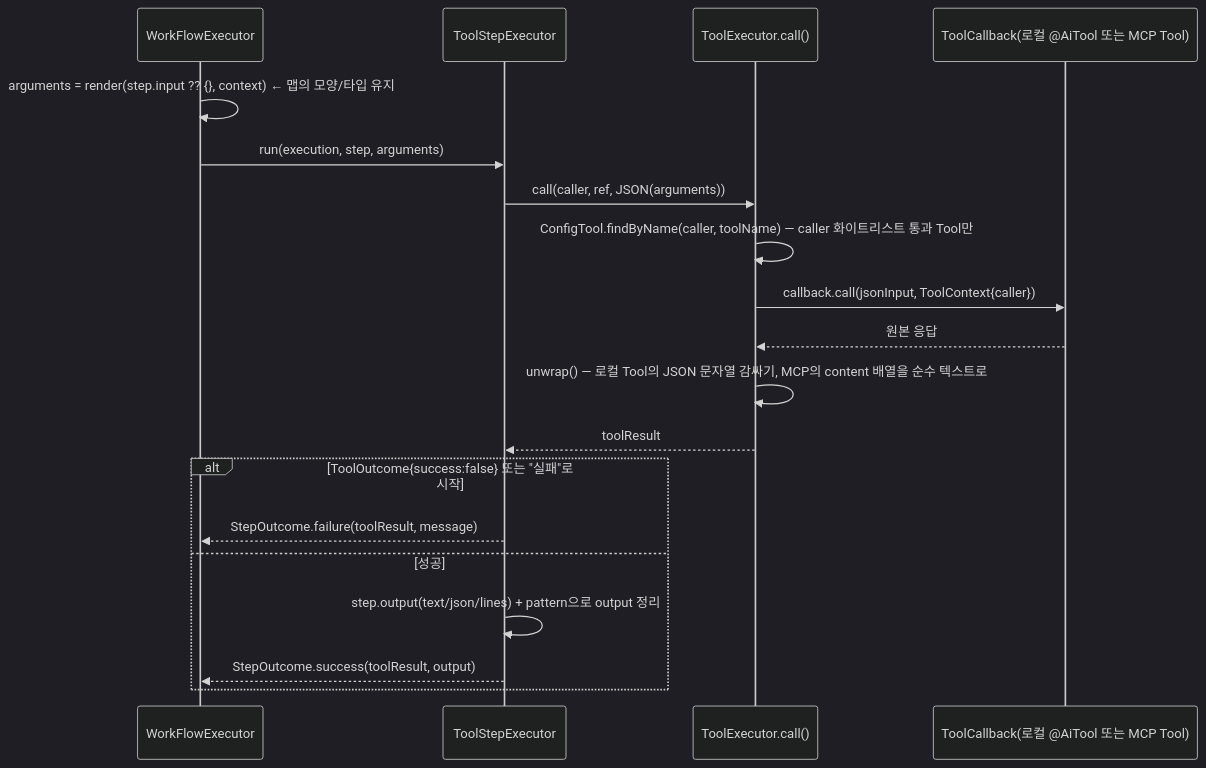
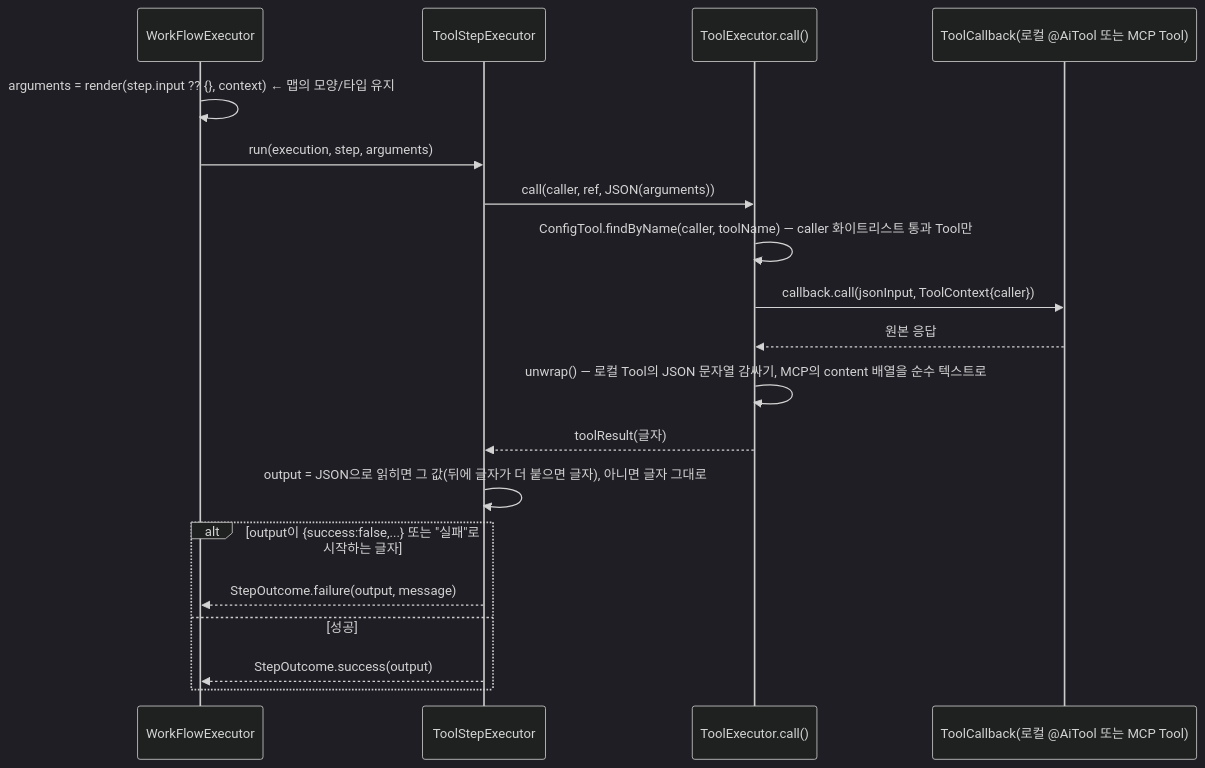
Before and after one commit to YongSoekChoeng/dstone: the seventh of 9 diagrams in docs/09.dstone-ai-engine.md, drawn with Mermaid (dark theme). The commit also changed other lines of this file and 97 other files, not shown here.

````diff
--- a/docs/09.dstone-ai-engine.md
+++ b/docs/09.dstone-ai-engine.md
@@ -733,21 +733,21 @@
 ```mermaid
 sequenceDiagram
     participant WE as WorkFlowExecutor
     participant TSR as ToolStepExecutor
     participant TE as ToolExecutor.call()
     participant CB as ToolCallback(로컬 @AiTool 또는 MCP Tool)
     WE->>WE: arguments = render(step.input ?? {}, context)  ← 맵의 모양/타입 유지
     WE->>TSR: run(execution, step, arguments)
     TSR->>TE: call(caller, ref, JSON(arguments))
     TE->>TE: ConfigTool.findByName(caller, toolName) — caller 화이트리스트 통과 Tool만
     TE->>CB: callback.call(jsonInput, ToolContext{caller})
     CB-->>TE: 원본 응답
     TE->>TE: unwrap() — 로컬 Tool의 JSON 문자열 감싸기, MCP의 content 배열을 순수 텍스트로
-    TE-->>TSR: toolResult
-    alt ToolOutcome{success:false} 또는 "실패"로 시작
-        TSR-->>WE: StepOutcome.failure(toolResult, message)
+    TE-->>TSR: toolResult(글자)
+    TSR->>TSR: output = JSON으로 읽히면 그 값(뒤에 글자가 더 붙으면 글자), 아니면 글자 그대로
+    alt output이 {success:false,...} 또는 "실패"로 시작하는 글자
+        TSR-->>WE: StepOutcome.failure(output, message)
     else 성공
-        TSR->>TSR: step.output(text/json/lines) + pattern으로 output 정리
-        TSR-->>WE: StepOutcome.success(toolResult, output)
+        TSR-->>WE: StepOutcome.success(output)
     end
 ```
````
